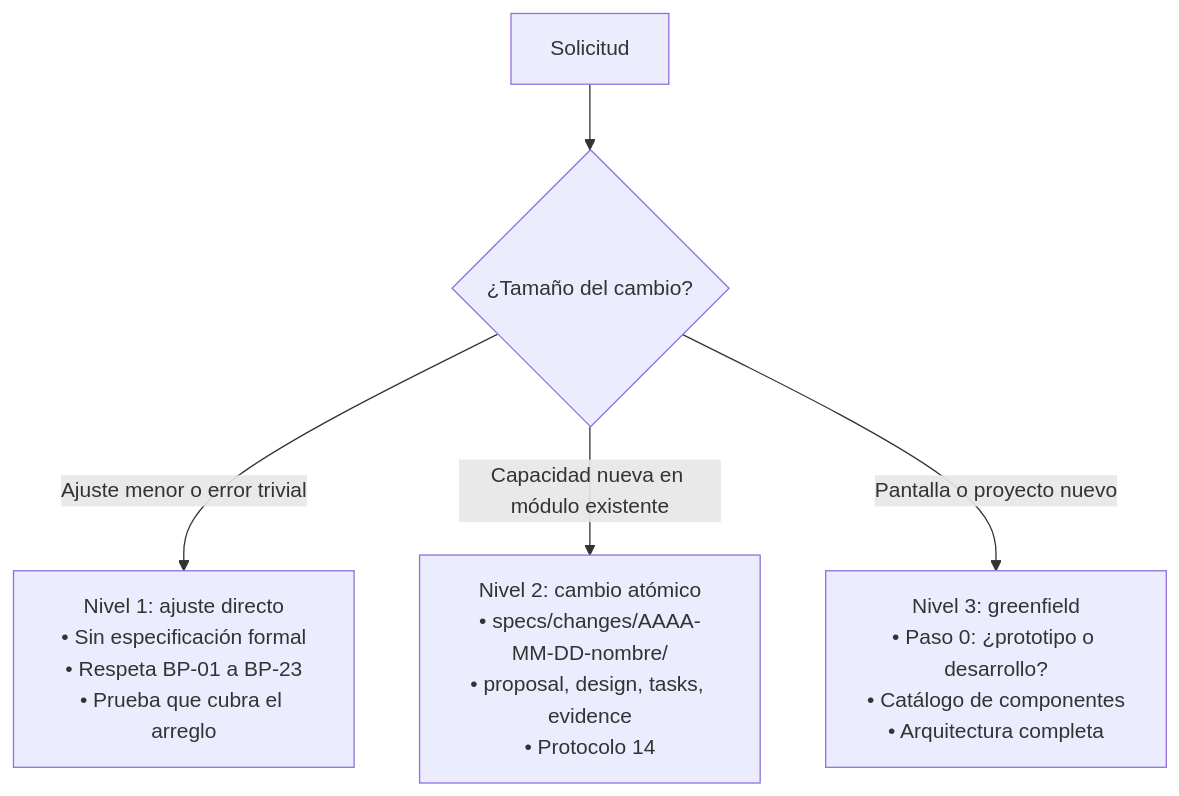
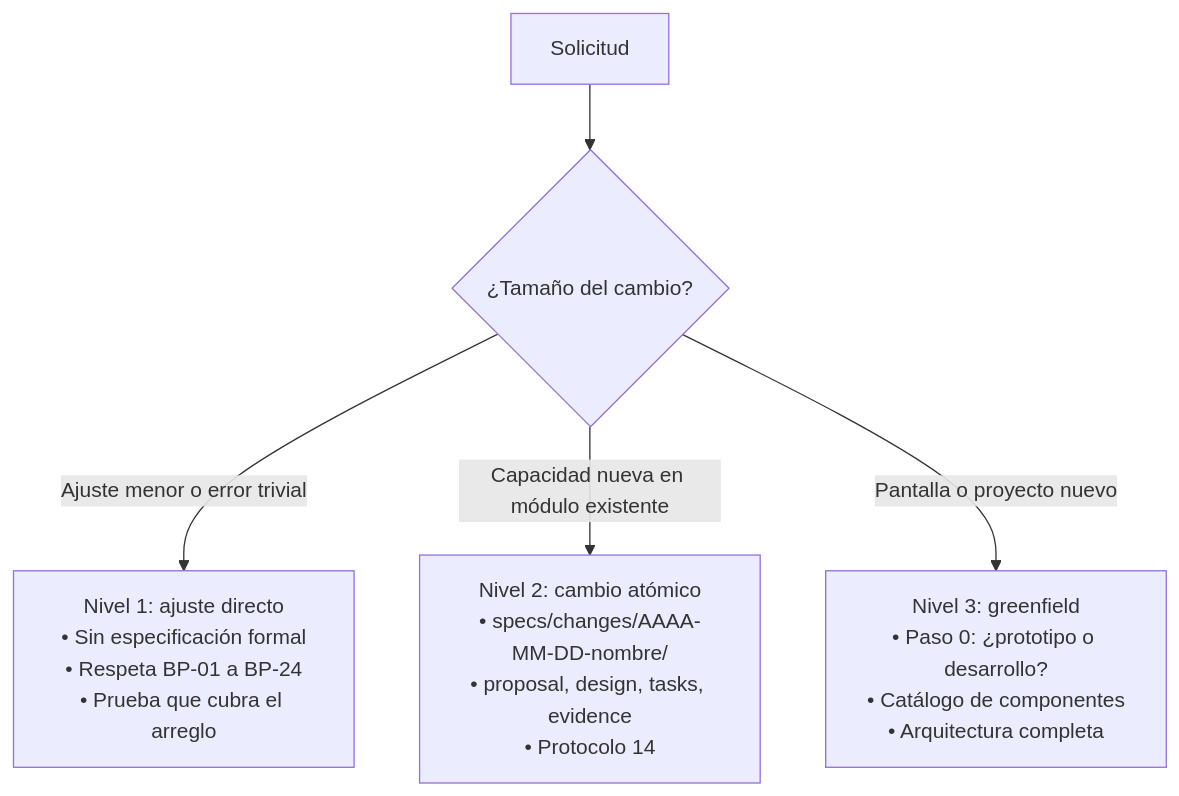
One commit to jnmontoy/sdd changed the diagram in greenfield/SPEC_GUIDE.md. Above: the diagram before and after it, drawn with Mermaid. The commit also changed other lines of this file and 8 other files, not shown here.

````diff
--- a/greenfield/SPEC_GUIDE.md
+++ b/greenfield/SPEC_GUIDE.md
@@ -27,7 +27,7 @@
 ```mermaid
 flowchart TD
     Req[Solicitud] --> Clasif{¿Tamaño del cambio?}
-    Clasif -->|Ajuste menor o error trivial| N1["Nivel 1: ajuste directo<br/>• Sin especificación formal<br/>• Respeta BP-01 a BP-23<br/>• Prueba que cubra el arreglo"]
+    Clasif -->|Ajuste menor o error trivial| N1["Nivel 1: ajuste directo<br/>• Sin especificación formal<br/>• Respeta BP-01 a BP-24<br/>• Prueba que cubra el arreglo"]
     Clasif -->|Capacidad nueva en módulo existente| N2["Nivel 2: cambio atómico<br/>• specs/changes/AAAA-MM-DD-nombre/<br/>• proposal, design, tasks, evidence<br/>• Protocolo 14"]
     Clasif -->|Pantalla o proyecto nuevo| N3["Nivel 3: greenfield<br/>• Paso 0: ¿prototipo o desarrollo?<br/>• Catálogo de componentes<br/>• Arquitectura completa"]
 ```
````
